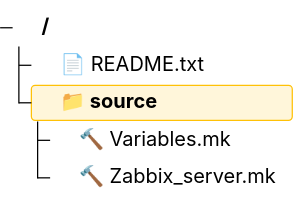
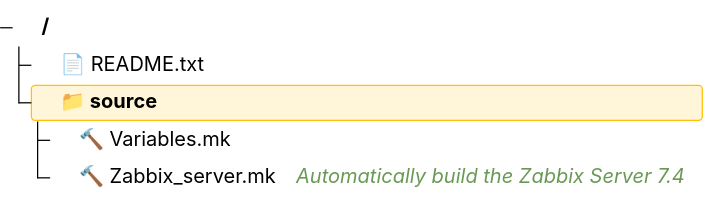
Before and after one commit to Zai4ikManiak/Cyber-Security-Study: the diagram in README.md, drawn with Mermaid.

Commit message:
modified:   README.md

````diff
--- a/README.md
+++ b/README.md
@@ -2,13 +2,13 @@
 ```mermaid
 ---
 config:
     treeView:
         showIcons: true
         defaultIconPack: material-icon-theme
 ---
 treeView-beta
     📄 README.txt
     📁 source/ :::highlight
         🔨 Variables.mk
-        🔨 Zabbix_server.mk
+        🔨 Zabbix_server.mk ## Automatically build the Zabbix Server 7.4
 ```
````
